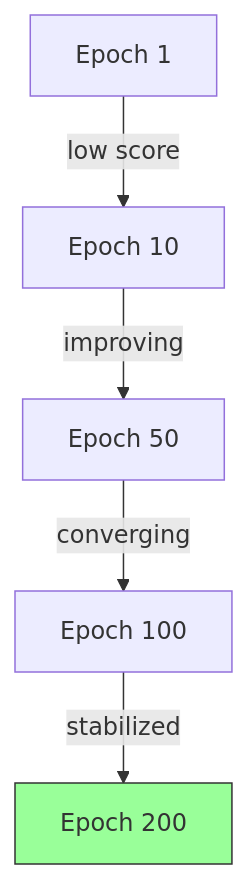
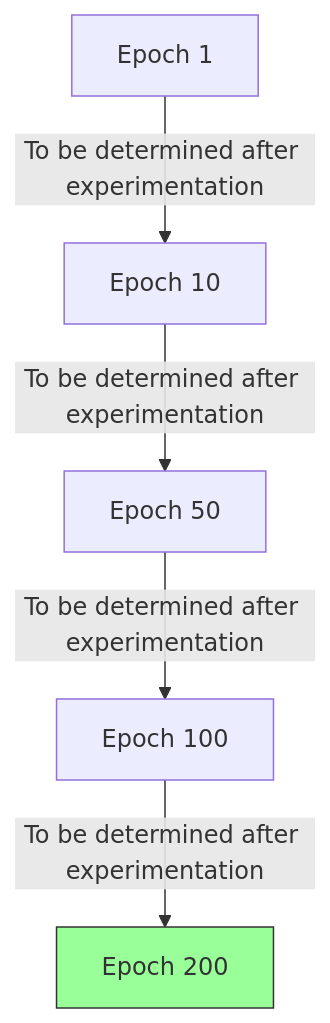
The second of 6 diagrams in plan/08-Research-Report/01-IMRD/03-results.md (Evintkoo/2048-ml), drawn with Mermaid before and after one commit. The commit also changed other lines of this file and 14 other files, not shown here.

````diff
--- a/plan/08-Research-Report/01-IMRD/03-results.md
+++ b/plan/08-Research-Report/01-IMRD/03-results.md
@@ -30,9 +30,9 @@
 ```mermaid
 graph TD
-    A[Epoch 1] -->|low score| B[Epoch 10]
-    B -->|improving| C[Epoch 50]
-    C -->|converging| D[Epoch 100]
-    D -->|stabilized| E[Epoch 200]
+    A[Epoch 1] -->|To be determined after experimentation| B[Epoch 10]
+    B -->|To be determined after experimentation| C[Epoch 50]
+    C -->|To be determined after experimentation| D[Epoch 100]
+    D -->|To be determined after experimentation| E[Epoch 200]
     
     style E fill:#9f9,stroke:#333
 ```
````
